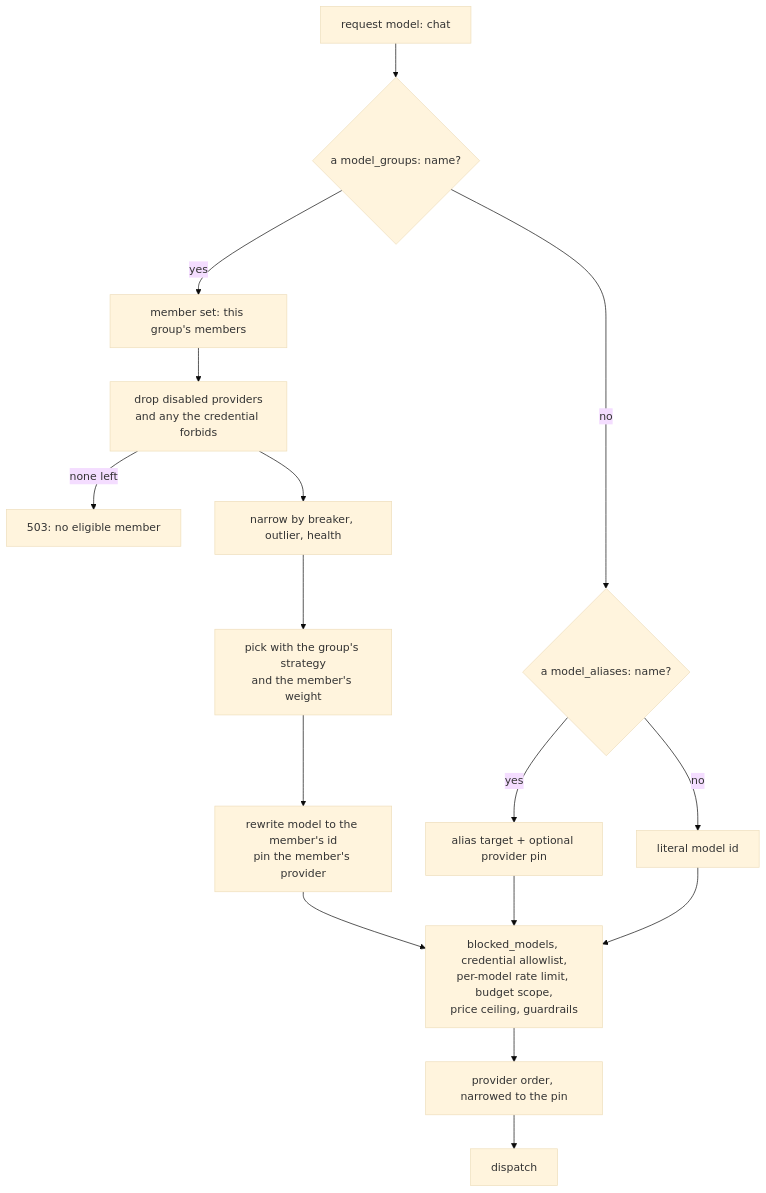
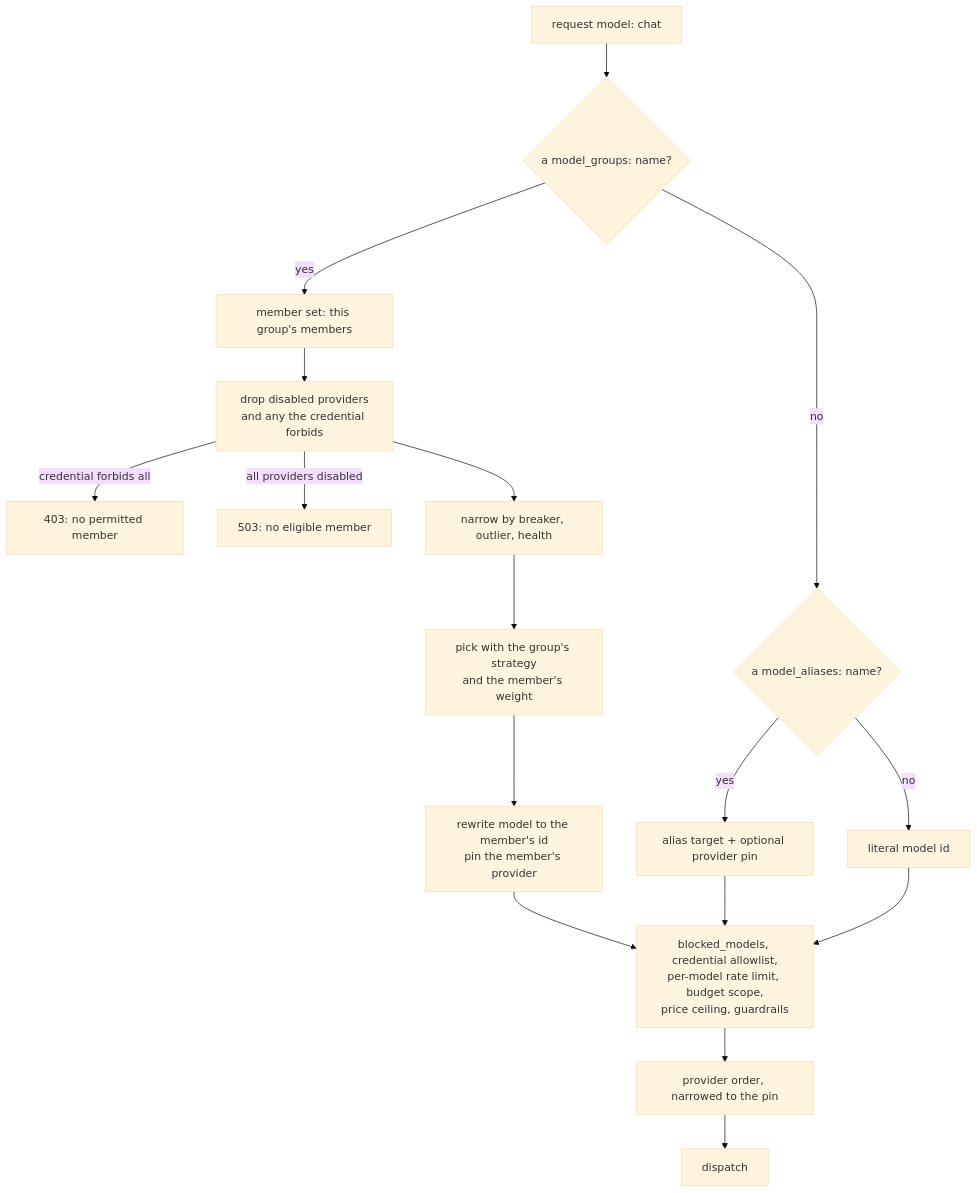
Before and after one commit to soapbucket/sbproxy: the fifth of 6 diagrams in docs/ai-gateway.md, drawn with Mermaid (base theme). The commit also changed other lines of this file and 10 other files, not shown here.

````diff
--- a/docs/ai-gateway.md
+++ b/docs/ai-gateway.md
@@ -2351,18 +2351,19 @@
 ```mermaid
 flowchart TD
     A["request model: chat"] --> B{"a model_groups: name?"}
     B -- no --> C{"a model_aliases: name?"}
     C -- no --> D["literal model id"]
     C -- yes --> E["alias target + optional provider pin"]
     B -- yes --> F["member set: this group's members"]
     F --> G["drop disabled providers<br/>and any the credential forbids"]
-    G -- none left --> H["503: no eligible member"]
+    G -- credential forbids all --> H1["403: no permitted member"]
+    G -- all providers disabled --> H2["503: no eligible member"]
     G --> I["narrow by breaker, outlier, health"]
     I --> J["pick with the group's strategy<br/>and the member's weight"]
     J --> K["rewrite model to the member's id<br/>pin the member's provider"]
     K --> L
     E --> L
     D --> L["blocked_models, credential allowlist,<br/>per-model rate limit, budget scope,<br/>price ceiling, guardrails"]
     L --> M["provider order, narrowed to the pin"]
     M --> N["dispatch"]
 ```
````
